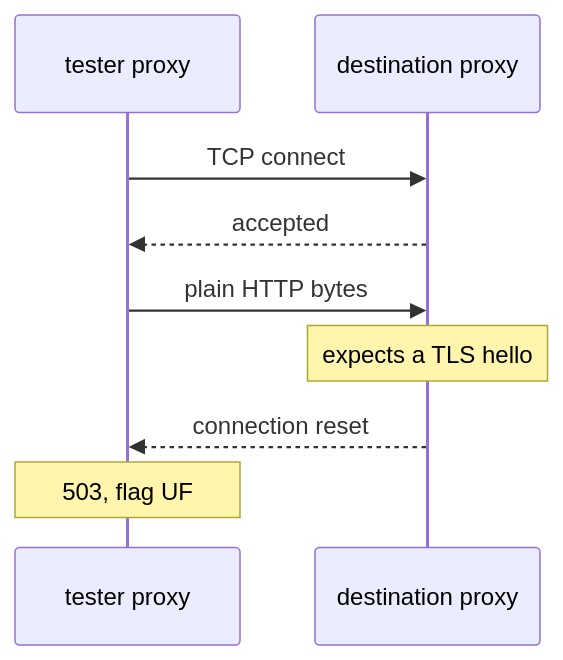
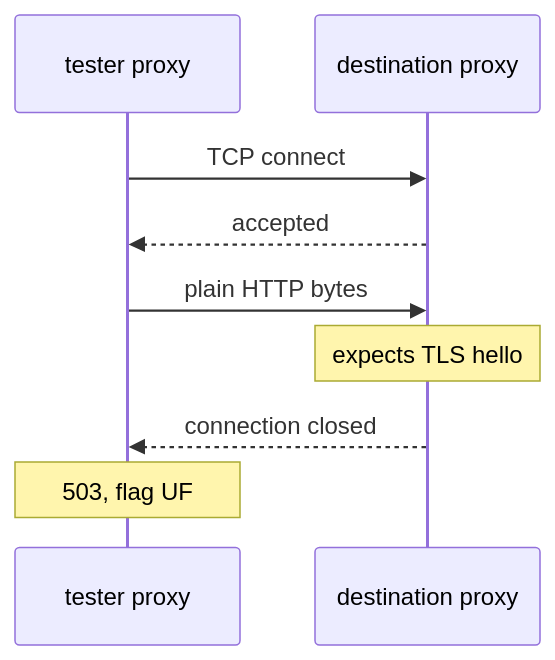
One commit to astrona-io/ATS016 changed the diagram in sections/section-050/module-02/course-01-two-objects-two-ends.md. Above: the diagram before and after it, drawn with Mermaid. The commit also changed other lines of this file and 39 other files, not shown here.

````diff
--- a/sections/section-050/module-02/course-01-two-objects-two-ends.md
+++ b/sections/section-050/module-02/course-01-two-objects-two-ends.md
@@ -112,11 +108,11 @@
 ```mermaid
 sequenceDiagram
     participant C as tester proxy
     participant S as destination proxy
     C->>S: TCP connect
     S-->>C: accepted
     C->>S: plain HTTP bytes
-    Note over S: expects a TLS hello
-    S-->>C: connection reset
+    Note over S: expects TLS hello
+    S-->>C: connection closed
     Note over C: 503, flag UF
 ```
````
